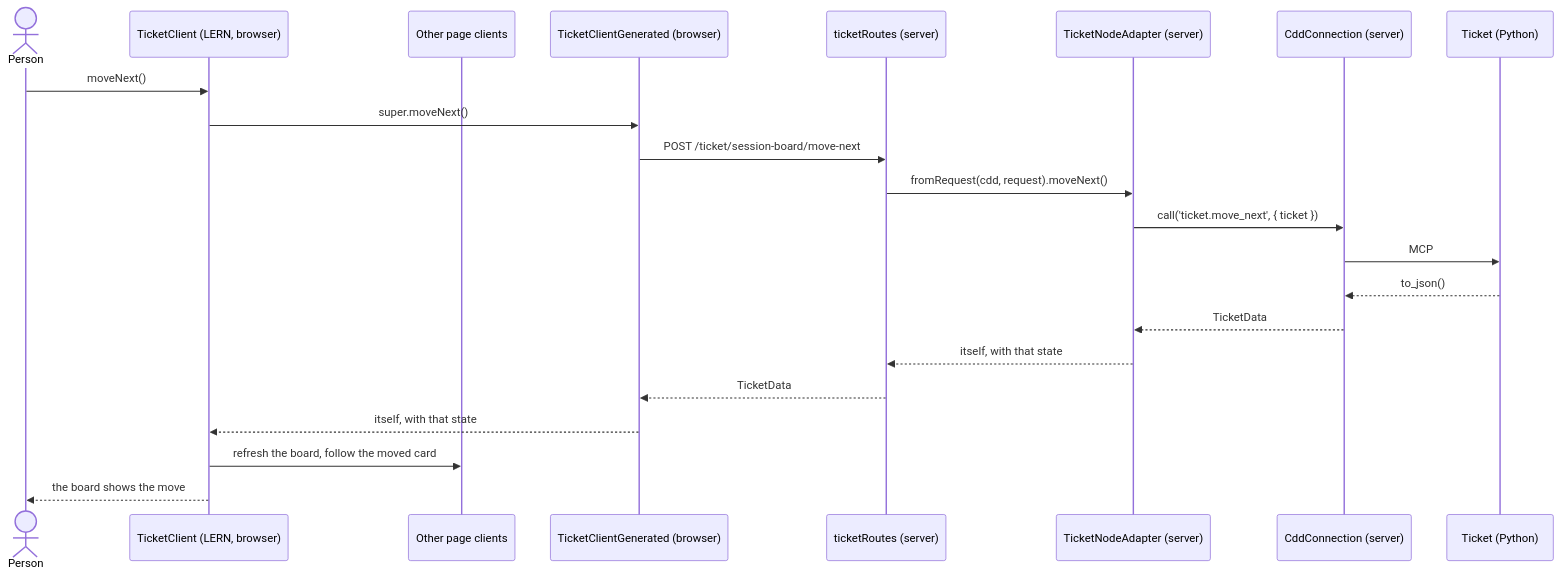
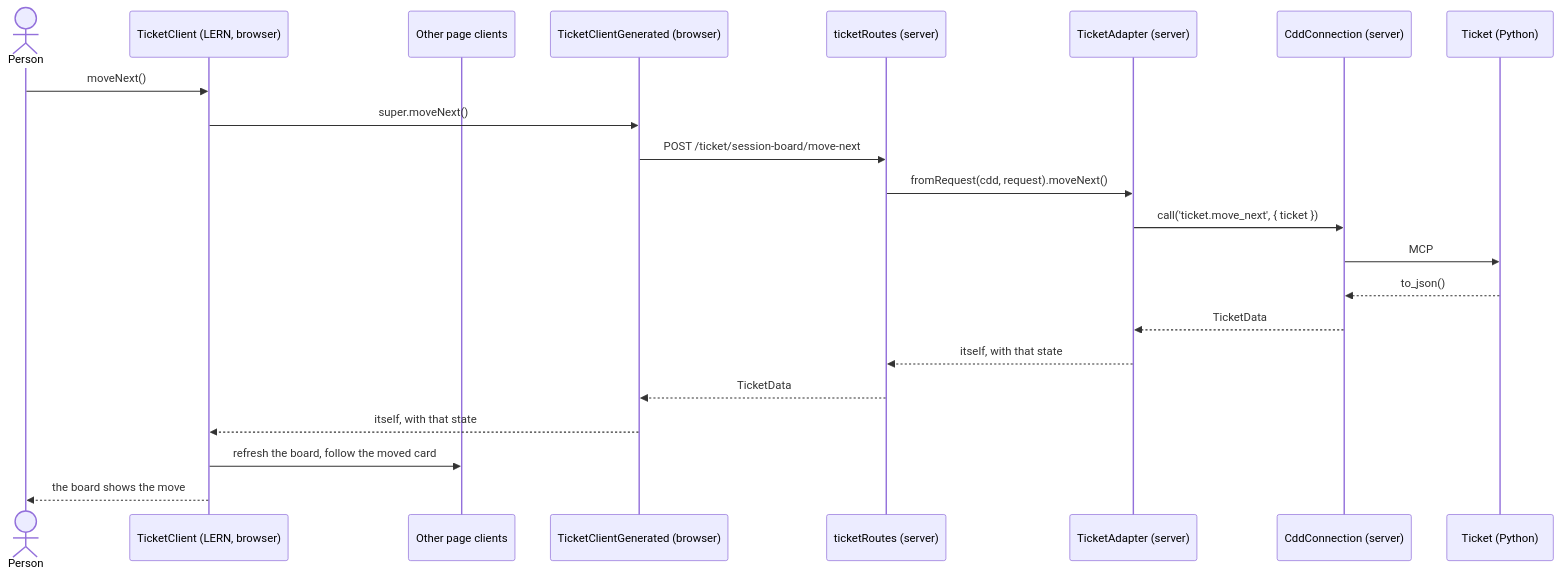
Before and after one commit to abd-works/abd-context-driven-delivery: the second of 2 diagrams in cdd_guidance/patterns/cdd_web_domain_access/cdd_web_domain_access.md, drawn with Mermaid. The commit also changed other lines of this file and 17 other files, not shown here.

````diff
--- a/cdd_guidance/patterns/cdd_web_domain_access/cdd_web_domain_access.md
+++ b/cdd_guidance/patterns/cdd_web_domain_access/cdd_web_domain_access.md
@@ -79,25 +79,25 @@
 ```mermaid
 sequenceDiagram
   actor Person
   participant Client as TicketClient (LERN, browser)
   participant Others as Other page clients
   participant Generated as TicketClientGenerated (browser)
   participant Route as ticketRoutes (server)
-  participant Node as TicketNodeAdapter (server)
+  participant Node as TicketAdapter (server)
   participant Connection as CddConnection (server)
   participant Python as Ticket (Python)
 
   Person->>Client: moveNext()
   Client->>Generated: super.moveNext()
   Generated->>Route: POST /ticket/session-board/move-next
   Route->>Node: fromRequest(cdd, request).moveNext()
   Node->>Connection: call('ticket.move_next', { ticket })
   Connection->>Python: MCP
   Python-->>Connection: to_json()
   Connection-->>Node: TicketData
   Node-->>Route: itself, with that state
   Route-->>Generated: TicketData
   Generated-->>Client: itself, with that state
   Client->>Others: refresh the board, follow the moved card
   Client-->>Person: the board shows the move
 ```
````
